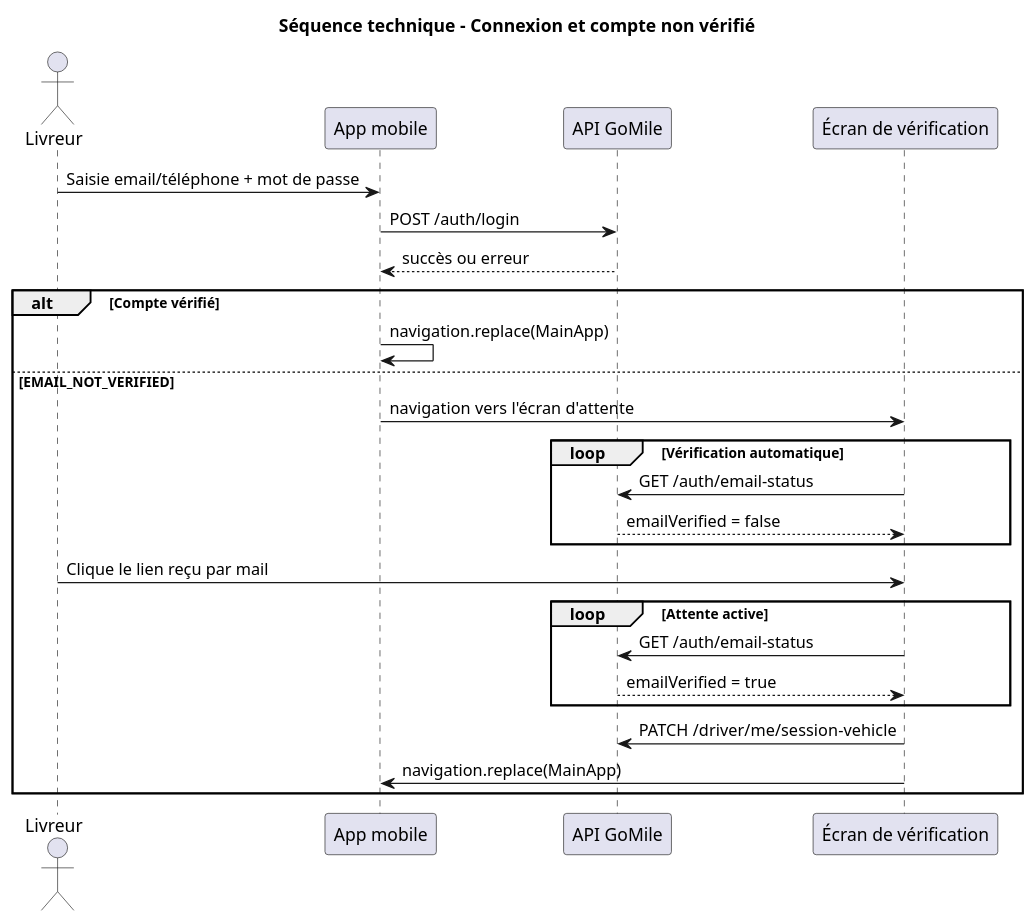
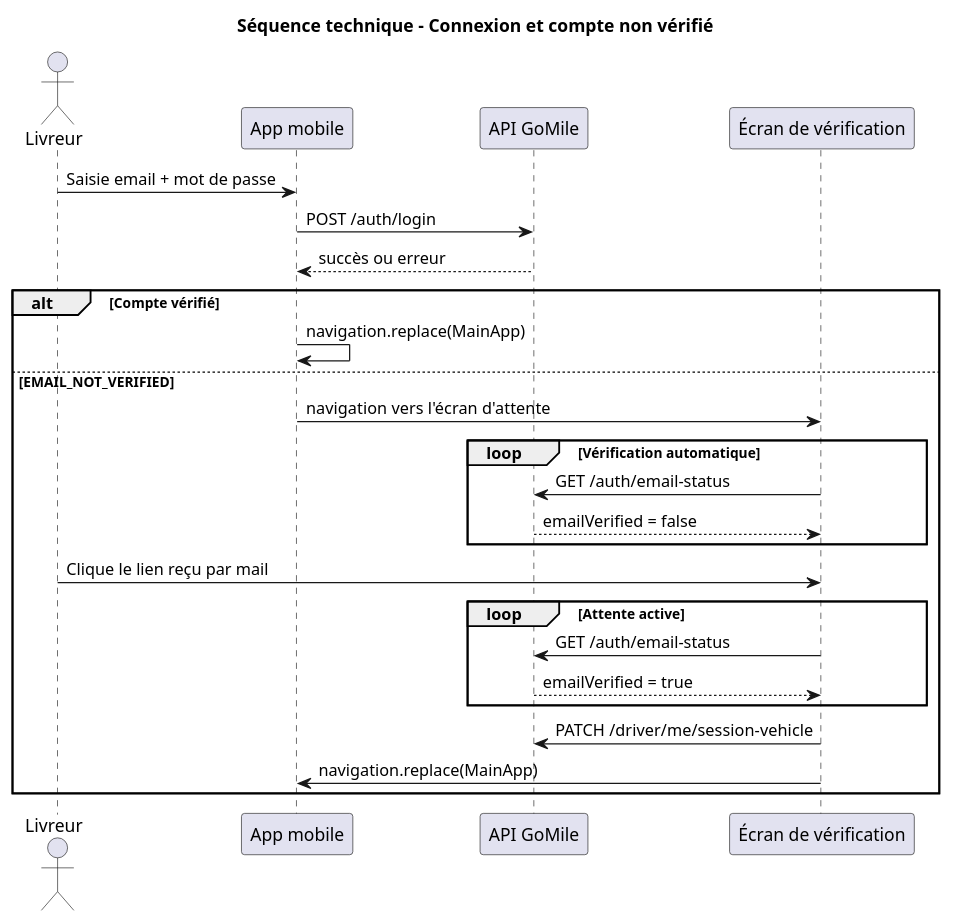
Before and after one commit to SamirMaoude/gomile: the diagram in docs/src-latex/rapport/plantuml/app-mobile/app-mobile-login-sequence.puml, drawn with PlantUML. The commit also changed 33 other files, not shown here.

Commit message:
fin de documentation app livreur

```diff
--- a/docs/src-latex/rapport/plantuml/app-mobile/app-mobile-login-sequence.puml
+++ b/docs/src-latex/rapport/plantuml/app-mobile/app-mobile-login-sequence.puml
@@ -1,34 +1,34 @@
 @startuml
 title Séquence technique - Connexion et compte non vérifié
 
 actor Livreur
 participant "App mobile" as App
 participant "API GoMile" as API
 participant "Écran de vérification" as Verify
 
-Livreur -> App : Saisie email/téléphone + mot de passe
+Livreur -> App : Saisie email + mot de passe
 App -> API : POST /auth/login
 API --> App : succès ou erreur
 
 alt Compte vérifié
   App -> App : navigation.replace(MainApp)
 else EMAIL_NOT_VERIFIED
   App -> Verify : navigation vers l'écran d'attente
 
   loop Vérification automatique
     Verify -> API : GET /auth/email-status
     API --> Verify : emailVerified = false
   end
 
   Livreur -> Verify : Clique le lien reçu par mail
 
   loop Attente active
     Verify -> API : GET /auth/email-status
     API --> Verify : emailVerified = true
   end
 
   Verify -> API : PATCH /driver/me/session-vehicle
   Verify -> App : navigation.replace(MainApp)
 end
 
 @enduml
```
